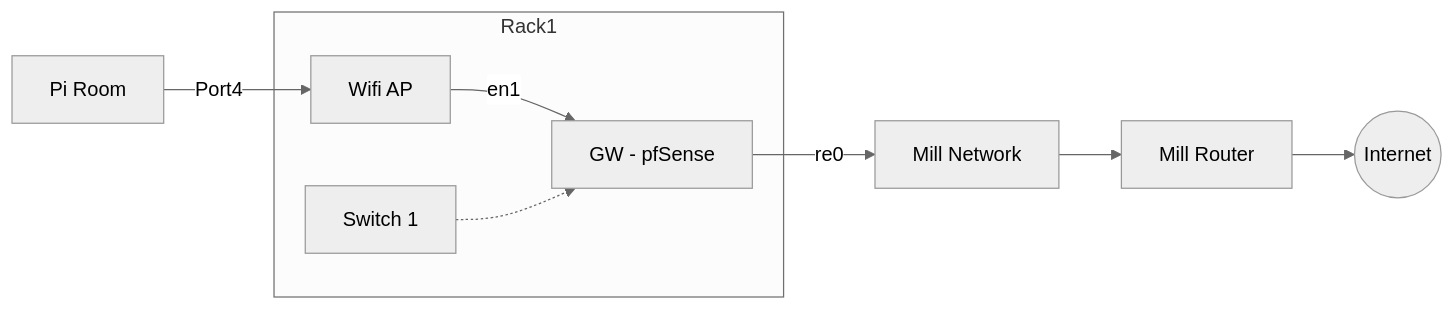
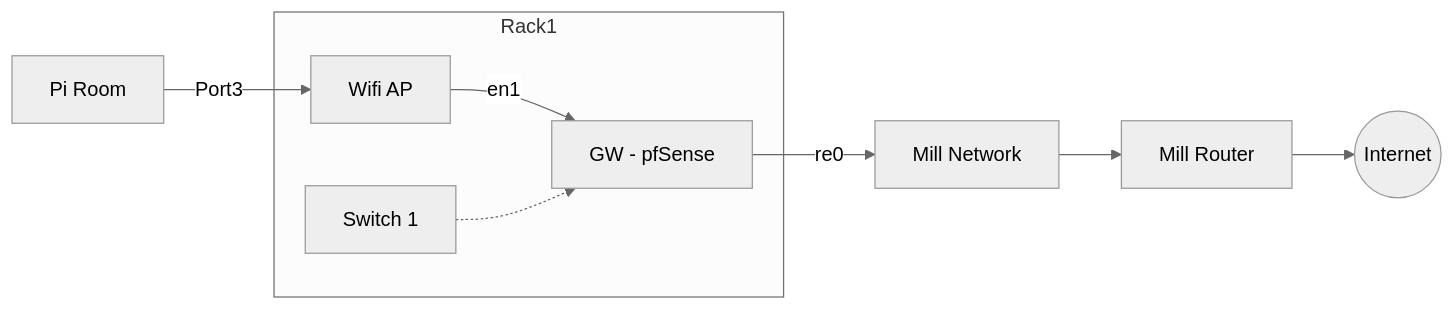
Before and after one commit to leigh-hackspace/HackspaceWiki: the first of 2 diagrams in docs/membership/member_information/network_layout.md, drawn with Mermaid (neutral theme).

Commit message:
Update network_layout.md
Fix port number

````diff
--- a/docs/membership/member_information/network_layout.md
+++ b/docs/membership/member_information/network_layout.md
@@ -15,11 +15,11 @@
 ```mermaid
 graph LR
     subgraph Rack1
     AP[Wifi AP] -->|en1| GW
     SWITCH1[Switch 1] -.-> GW
     GW[GW - pfSense] 
     end
     GW -->|re0| MILL
     MILL[Mill Network] --> MILLROUTER[Mill Router] --> INTERNET((Internet))
-    PIROOM[Pi Room] -->|Port4| AP
+    PIROOM[Pi Room] -->|Port3| AP
 ```
````
